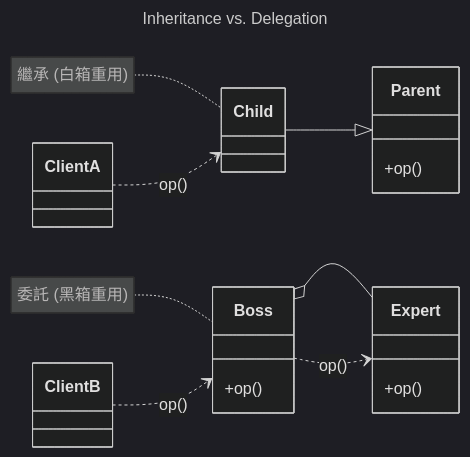
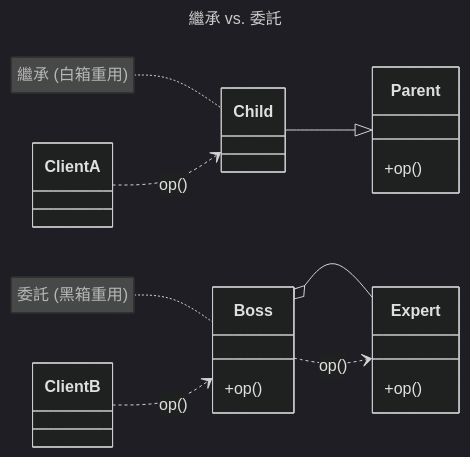
One commit to nlhsueh/teach_sw_fw changed the first of 17 diagrams in Part3_Principle/ch08_oo.md. Above: the diagram before and after it, drawn with Mermaid (dark theme). The commit also changed other lines of this file and 1 other file, not shown here.

Commit message:
style: translate diagram titles and notes to Chinese in ch07 and ch08

````diff
--- a/Part3_Principle/ch08_oo.md
+++ b/Part3_Principle/ch08_oo.md
@@ -25,30 +25,30 @@
 ```mermaid
 ---
-title: Inheritance vs. Delegation
+title: 繼承 vs. 委託
 ---
 classDiagram
     direction LR
     class Parent {
         +op()
     }
     class Child
     Child --|> Parent
 
     class ClientA
     ClientA ..> Child : op()
 
     class Expert {
         +op()
     }
     class Boss {
         +op()
     }
     Boss o-- Expert
     Boss ..> Expert : op()
 
     class ClientB
     ClientB ..> Boss : op()
 
     note for Child "繼承 (白箱重用)"
     note for Boss "委託 (黑箱重用)"
 ```
````
